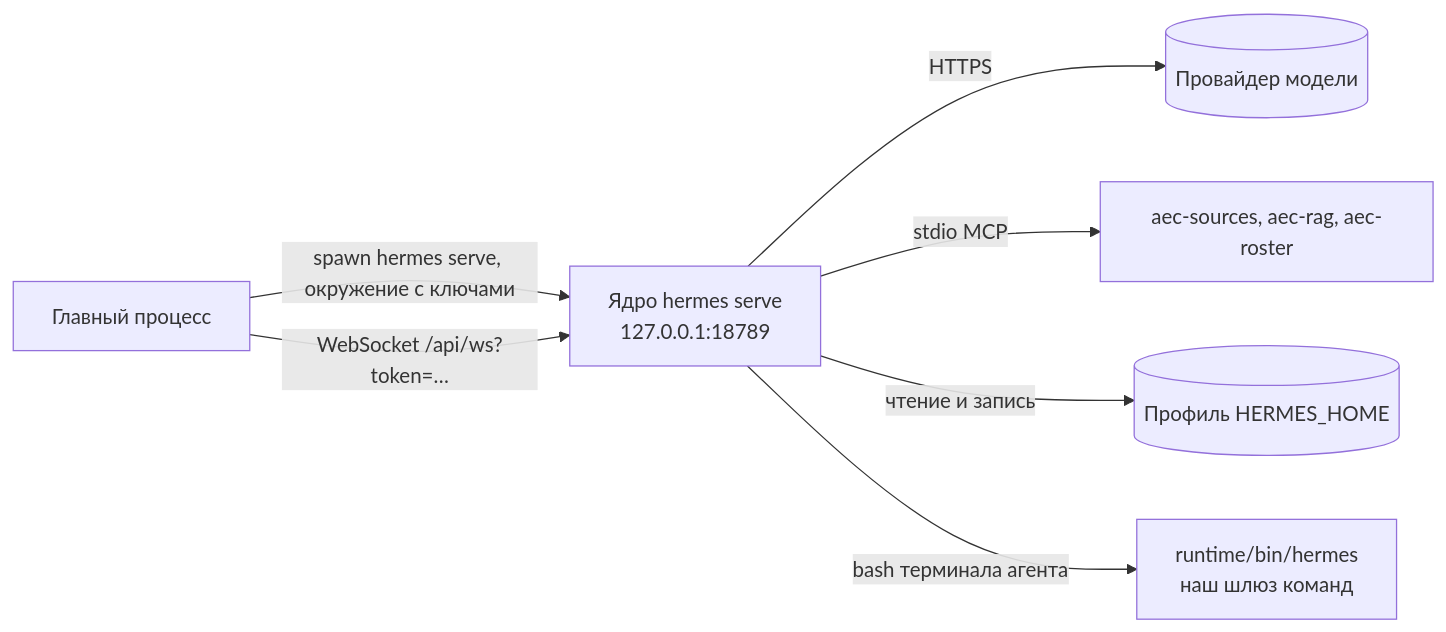
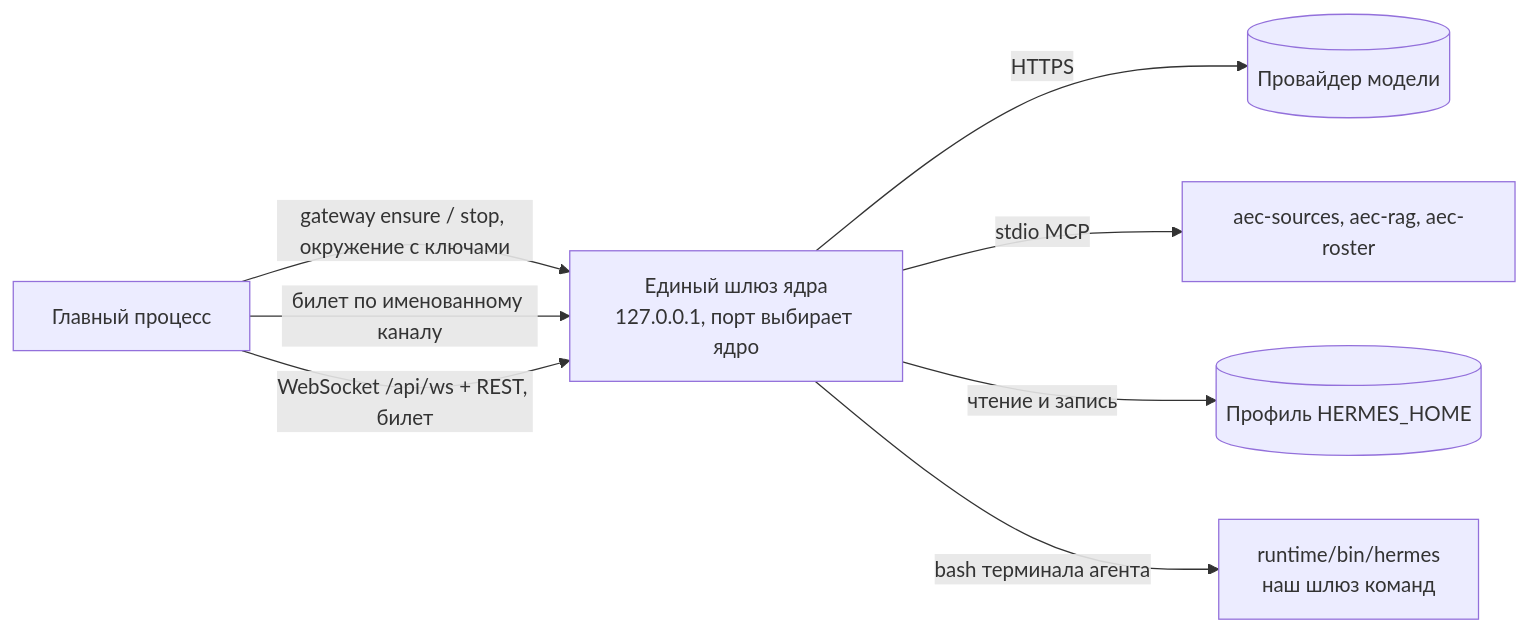
The diagram in docs/components/core-runtime.md (EvgenVer/AECPilot), drawn with Mermaid before and after one commit. The commit also changed other lines of this file and 10 other files, not shown here.

First line of the commit message:
docs: describe the single core gateway, the server pair and tickets (T53.5)

````diff
--- a/docs/components/core-runtime.md
+++ b/docs/components/core-runtime.md
@@ -14,9 +17,10 @@
 ```mermaid
 flowchart LR
-  main[Главный процесс] -->|spawn hermes serve, окружение с ключами| core[Ядро hermes serve<br/>127.0.0.1:18789]
-  main -->|WebSocket /api/ws?token=…| core
+  main[Главный процесс] -->|gateway ensure / stop, окружение с ключами| core[Единый шлюз ядра<br/>127.0.0.1, порт выбирает ядро]
+  main -->|билет по именованному каналу| core
+  main -->|WebSocket /api/ws + REST, билет| core
   core -->|HTTPS| llm[(Провайдер модели)]
   core -->|stdio MCP| mcp[aec-sources, aec-rag, aec-roster]
   core -->|чтение и запись| home[(Профиль HERMES_HOME)]
   core -->|bash терминала агента| gate[runtime/bin/hermes<br/>наш шлюз команд]
 ```
````
